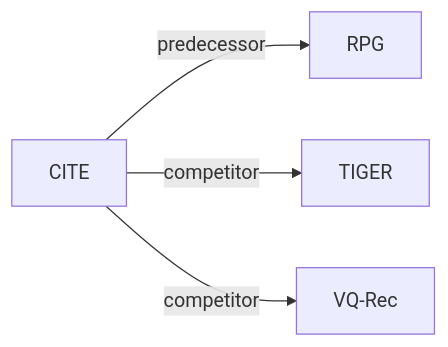
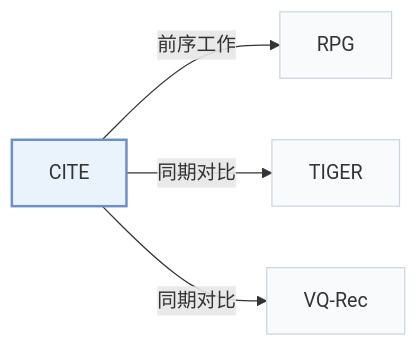
One commit to Galaxy-ghost/Awesome-SID-Generative-Rec changed the second of 2 diagrams in pages/zh/papers/cite.md. Above: the diagram before and after it, drawn with Mermaid. The commit also changed other lines of this file and 649 other files, not shown here.

Commit message:
writer-05: also tags and modality index (schema, check, build, visuals); summary field removed; calibration data for 12 papers

````diff
--- a/pages/zh/papers/cite.md
+++ b/pages/zh/papers/cite.md
@@ -67,7 +74,11 @@
 ```mermaid
 flowchart LR
     P["CITE"]
-    P -->|predecessor| A["RPG"]
-    P -->|competitor| B["TIGER"]
-    P -->|competitor| C["VQ-Rec"]
+    P -->|"前序工作"| A["RPG"]
+    P -->|"同期对比"| B["TIGER"]
+    P -->|"同期对比"| C["VQ-Rec"]
+    classDef main fill:#eaf2fb,stroke:#6b8fc7,stroke-width:2px
+    classDef peer fill:#f8fafc,stroke:#cbd5e1
+    class P main
+    class A,B,C peer
 ```
````
